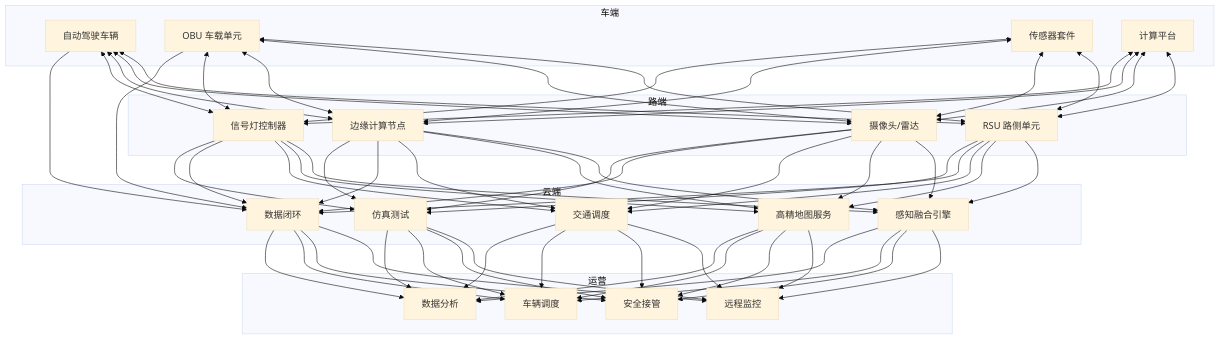
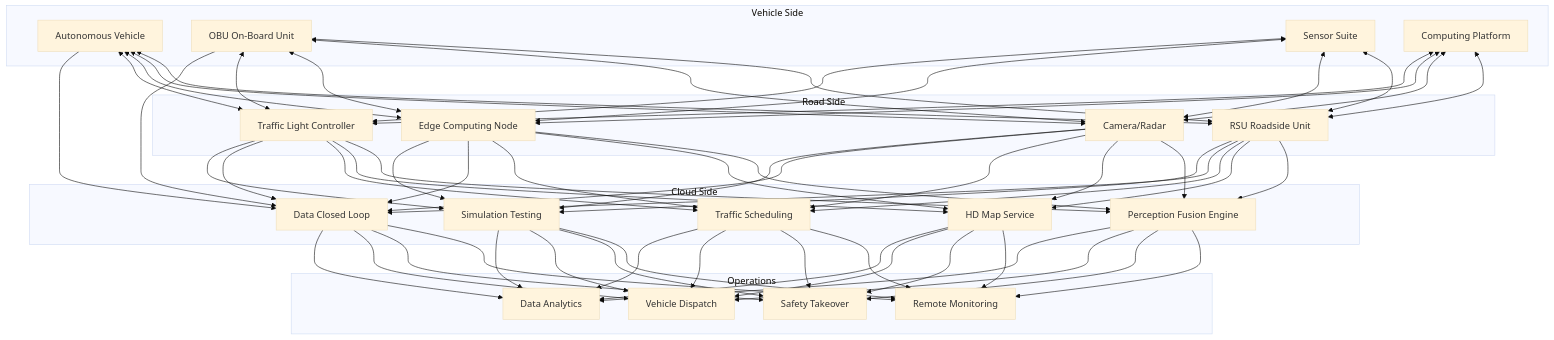
One commit to teaglebuilt/knowledge-tree changed the first of 3 diagrams in tree/application/architecture/v2x-autonomous-driving.md. Above: the diagram before and after it, drawn with Mermaid (base theme). The commit also changed other lines of this file and 22 other files, not shown here.

````diff
--- a/tree/application/architecture/v2x-autonomous-driving.md
+++ b/tree/application/architecture/v2x-autonomous-driving.md
@@ -147,36 +151,36 @@
 ```mermaid
 graph TB
-    subgraph 车端
-        V1[自动驾驶车辆]
-        V2[OBU 车载单元]
-        V3[传感器套件]
-        V4[计算平台]
+    subgraph Vehicle Side
+        V1[Autonomous Vehicle]
+        V2[OBU On-Board Unit]
+        V3[Sensor Suite]
+        V4[Computing Platform]
     end
 
-    subgraph 路端
-        R1[RSU 路侧单元]
-        R2[摄像头/雷达]
-        R3[边缘计算节点]
-        R4[信号灯控制器]
+    subgraph Road Side
+        R1[RSU Roadside Unit]
+        R2[Camera/Radar]
+        R3[Edge Computing Node]
+        R4[Traffic Light Controller]
     end
 
-    subgraph 云端
-        C1[感知融合引擎]
-        C2[高精地图服务]
-        C3[交通调度]
-        C4[数据闭环]
-        C5[仿真测试]
+    subgraph Cloud Side
+        C1[Perception Fusion Engine]
+        C2[HD Map Service]
+        C3[Traffic Scheduling]
+        C4[Data Closed Loop]
+        C5[Simulation Testing]
     end
 
-    subgraph 运营
-        O1[远程监控]
-        O2[安全接管]
-        O3[车辆调度]
-        O4[数据分析]
+    subgraph Operations
+        O1[Remote Monitoring]
+        O2[Safety Takeover]
+        O3[Vehicle Dispatch]
+        O4[Data Analytics]
     end
 
     V1 & V2 & V3 & V4 <--> R1 & R2 & R3 & R4
     R1 & R2 & R3 & R4 --> C1 & C2 & C3 & C4 & C5
     C1 & C2 & C3 & C4 & C5 --> O1 & O2 & O3 & O4
     V1 & V2 --> C4
 ```
````
